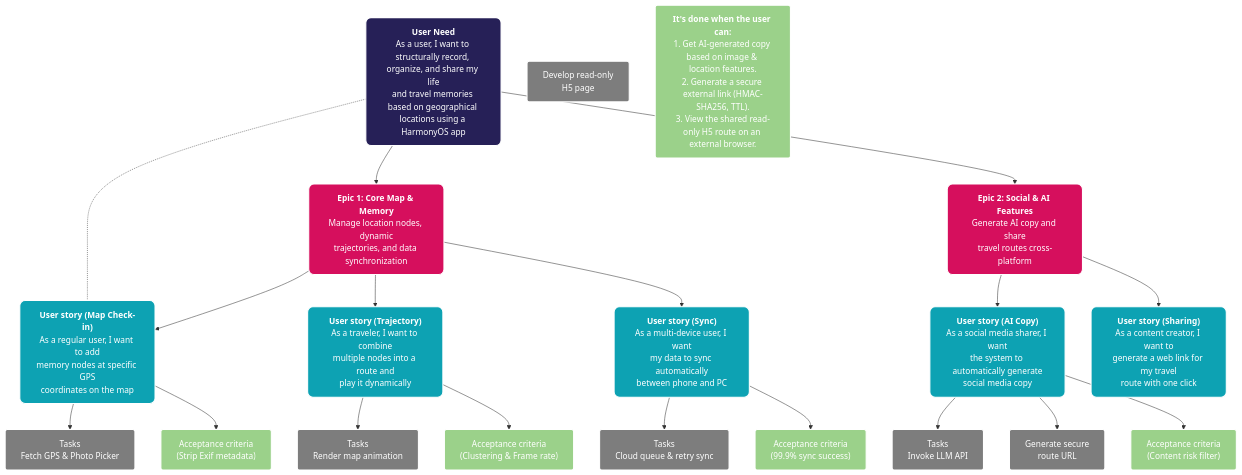
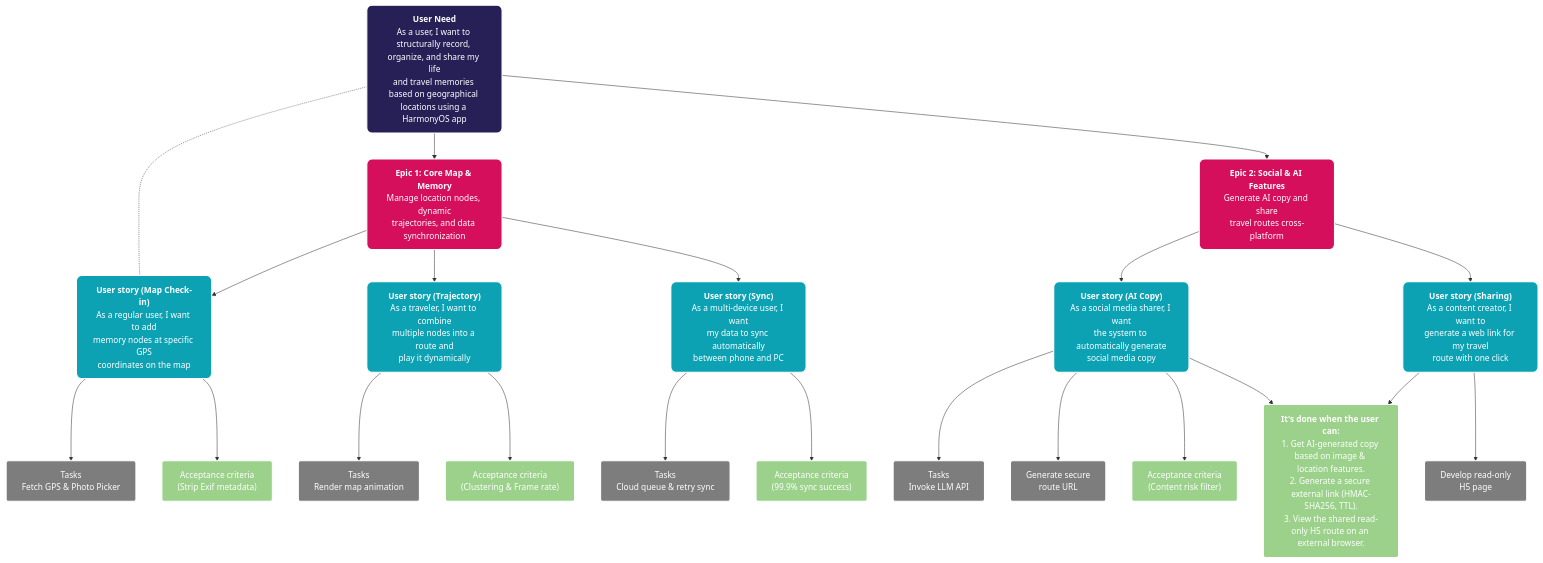
One commit to sustech-cs304/team-project-26spring-26s-7 changed the diagram in proposal-7.md. Above: the diagram before and after it, drawn with Mermaid.

````diff
--- a/proposal-7.md
+++ b/proposal-7.md
@@ -75,63 +75,68 @@
 ```mermaid
 graph TD
     %% 定义颜色与样式
     classDef need fill:#262057,stroke:#fff,stroke-width:2px,color:#fff,rx:10px,ry:10px;
     classDef epic fill:#D60F5D,stroke:#fff,stroke-width:2px,color:#fff,rx:10px,ry:10px;
     classDef story fill:#0DA2B3,stroke:#fff,stroke-width:2px,color:#fff,rx:10px,ry:10px;
     classDef task fill:#7D7D7D,stroke:#fff,stroke-width:2px,color:#fff,rx:4px,ry:4px;
     classDef criteria fill:#9BD18A,stroke:#fff,stroke-width:2px,color:#fff,rx:4px,ry:4px;
 
     %% 节点定义 (基于你的 Proposal 需求分析)
     UN["<b>User Need</b><br/>As a user, I want to structurally record, organize, and share my life<br/>and travel memories based on geographical locations using a HarmonyOS app"]:::need
 
     E1["<b>Epic 1: Core Map & Memory</b><br/>Manage location nodes, dynamic<br/>trajectories, and data synchronization"]:::epic
     E2["<b>Epic 2: Social & AI Features</b><br/>Generate AI copy and share<br/>travel routes cross-platform"]:::epic
 
     US1["<b>User story (Map Check-in)</b><br/>As a regular user, I want to add<br/>memory nodes at specific GPS<br/>coordinates on the map"]:::story
     US2["<b>User story (Trajectory)</b><br/>As a traveler, I want to combine<br/>multiple nodes into a route and<br/>play it dynamically"]:::story
     US3["<b>User story (Sync)</b><br/>As a multi-device user, I want<br/>my data to sync automatically<br/>between phone and PC"]:::story
     
     US4["<b>User story (AI Copy)</b><br/>As a social media sharer, I want<br/>the system to automatically generate<br/>social media copy"]:::story
     US5["<b>User story (Sharing)</b><br/>As a content creator, I want to<br/>generate a web link for my travel<br/>route with one click"]:::story
 
     T1["Tasks<br/>Fetch GPS & Photo Picker"]:::task
     T2["Tasks<br/>Render map animation"]:::task
     T3["Tasks<br/>Cloud queue & retry sync"]:::task
     T4["Tasks<br/>Invoke LLM API"]:::task
     T5["Generate secure<br/>route URL"]:::task
     T6["Develop read-only<br/>H5 page"]:::task
 
     AC1["Acceptance criteria<br/>(Strip Exif metadata)"]:::criteria
     AC2["Acceptance criteria<br/>(Clustering & Frame rate)"]:::criteria
     AC3["Acceptance criteria<br/>(99.9% sync success)"]:::criteria
     AC4["Acceptance criteria<br/>(Content risk filter)"]:::criteria
     
     AC5["<b>It's done when the user can:</b><br/>1. Get AI-generated copy based on image & location features.<br/>2. Generate a secure external link (HMAC-SHA256, TTL).<br/>3. View the shared read-only H5 route on an external browser."]:::criteria
 
     %% 层级连接
     UN --> E1
     UN --> E2
     
     %% 模拟图中左侧直接从User Need连到User Story的线
     UN -.- US1 
 
     E1 --> US1
     E1 --> US2
     E1 --> US3
 
     E2 --> US4
     E2 --> US5
 
     US1 --> T1
     US1 --> AC1
     
     US2 --> T2
     US2 --> AC2
     
     US3 --> T3
     US3 --> AC3
     
     US4 --> T4
     US4 --> T5
     US4 --> AC4
+    US5 --> T6
+    
+    %% 将右侧的 User Story 连到共同的 Acceptance Criteria
+    US4 --> AC5
+    US5 --> AC5
 ```
````
